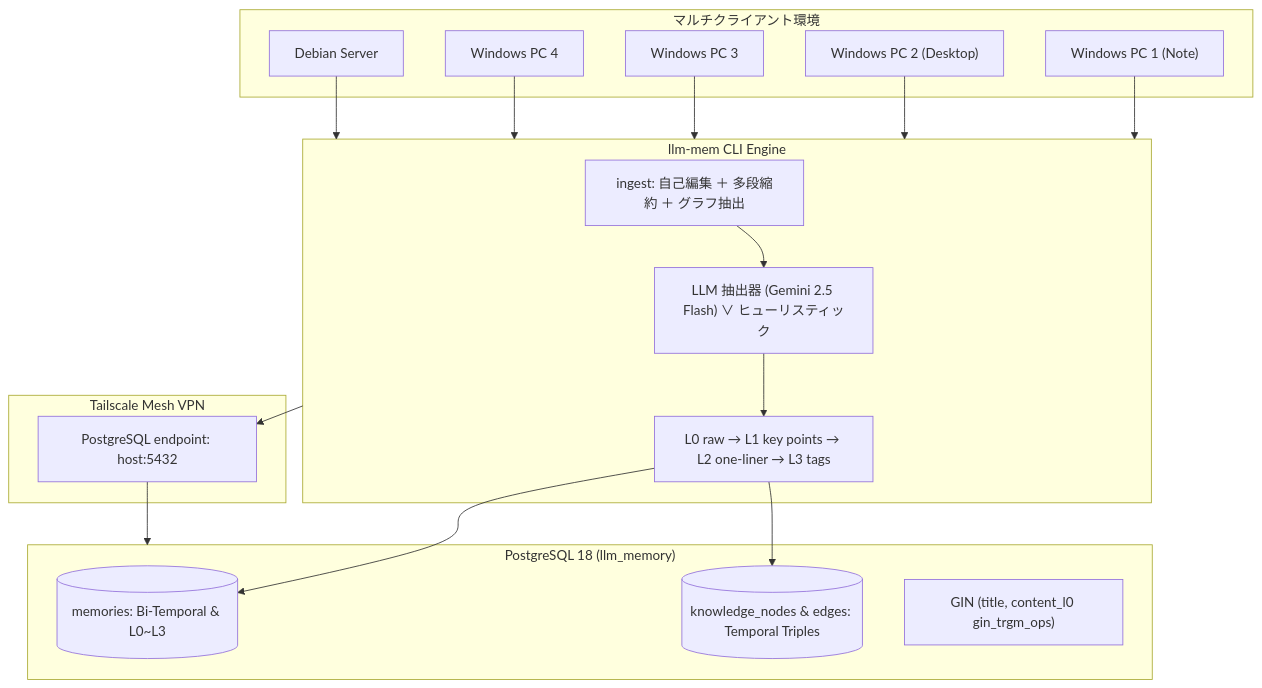
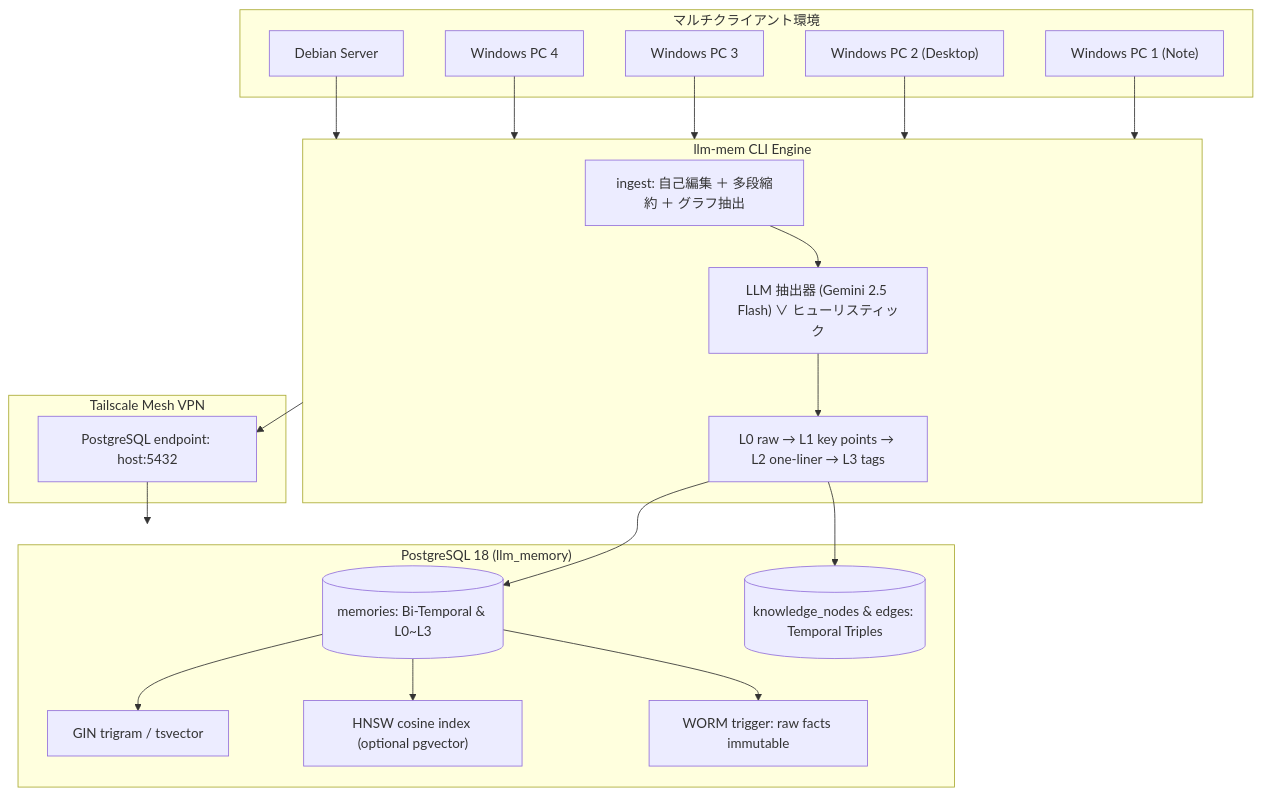
One commit to letwir/llm-memory changed the diagram in docs/shm_architecture.md. Above: the diagram before and after it, drawn with Mermaid. The commit also changed other lines of this file and 24 other files, not shown here.

Commit message:
docs: sync Mermaid diagrams and agent workflow

````diff
--- a/docs/shm_architecture.md
+++ b/docs/shm_architecture.md
@@ -5,33 +5,43 @@
 ```mermaid
 flowchart TD
     subgraph Clients["マルチクライアント環境"]
         W1["Windows PC 1 (Note)"]
         W2["Windows PC 2 (Desktop)"]
         W3["Windows PC 3"]
         W4["Windows PC 4"]
         Deb["Debian Server"]
     end
 
     subgraph Network["Tailscale Mesh VPN"]
         TS["PostgreSQL endpoint: host:5432"]
     end
 
     subgraph Engine["llm-mem CLI Engine"]
         Ingest["ingest: 自己編集 ＋ 多段縮約 ＋ グラフ抽出"]
         Extractor["LLM 抽出器 (Gemini 2.5 Flash) ∨ ヒューリスティック"]
         Compactor["L0 raw → L1 key points → L2 one-liner → L3 tags"]
     end
 
     subgraph PostgreSQL["PostgreSQL 18 (llm_memory)"]
         MemTable[("memories: Bi-Temporal & L0~L3")]
         GraphTable[("knowledge_nodes & edges: Temporal Triples")]
-        TrgmIndex["GIN (title, content_l0 gin_trgm_ops)"]
+        TrgmIndex["GIN trigram / tsvector"]
+        VectorIndex["HNSW cosine index (optional pgvector)"]
+        WormGuard["WORM trigger: raw facts immutable"]
     end
 
-    W1 & W2 & W3 & W4 & Deb --> Engine
+    W1 --> Engine
+    W2 --> Engine
+    W3 --> Engine
+    W4 --> Engine
+    Deb --> Engine
     Engine --> TS
     TS --> PostgreSQL
     Ingest --> Extractor
     Extractor --> Compactor
-    Compactor --> MemTable & GraphTable
+    Compactor --> MemTable
+    Compactor --> GraphTable
+    MemTable --> TrgmIndex
+    MemTable --> VectorIndex
+    MemTable --> WormGuard
 ```
````
